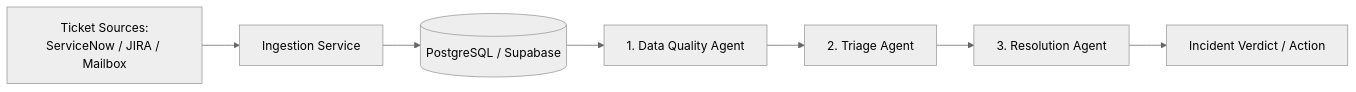
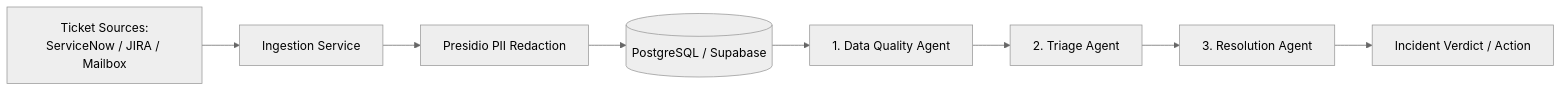
The diagram in AGENTS.md (pranavpawar2103/asm-agentic-incident-management), drawn with Mermaid (neutral theme) before and after one commit. The commit also changed other lines of this file and 10 other files, not shown here.

Commit message:
feat: add pre-database PII masking using Microsoft Presidio for ingestion data

````diff
--- a/AGENTS.md
+++ b/AGENTS.md
@@ -21,9 +21,10 @@
 ```mermaid
 flowchart LR
     A[Ticket Sources:<br/>ServiceNow / JIRA / Mailbox] --> Ingest[Ingestion Service]
-    Ingest --> DB[(PostgreSQL / Supabase)]
+    Ingest --> PII[Presidio PII Redaction]
+    PII --> DB[(PostgreSQL / Supabase)]
     DB --> DQ[1. Data Quality Agent]
     DQ --> Triage[2. Triage Agent]
     Triage --> Resolution[3. Resolution Agent]
     Resolution --> Output[Incident Verdict / Action]
 ```
````
